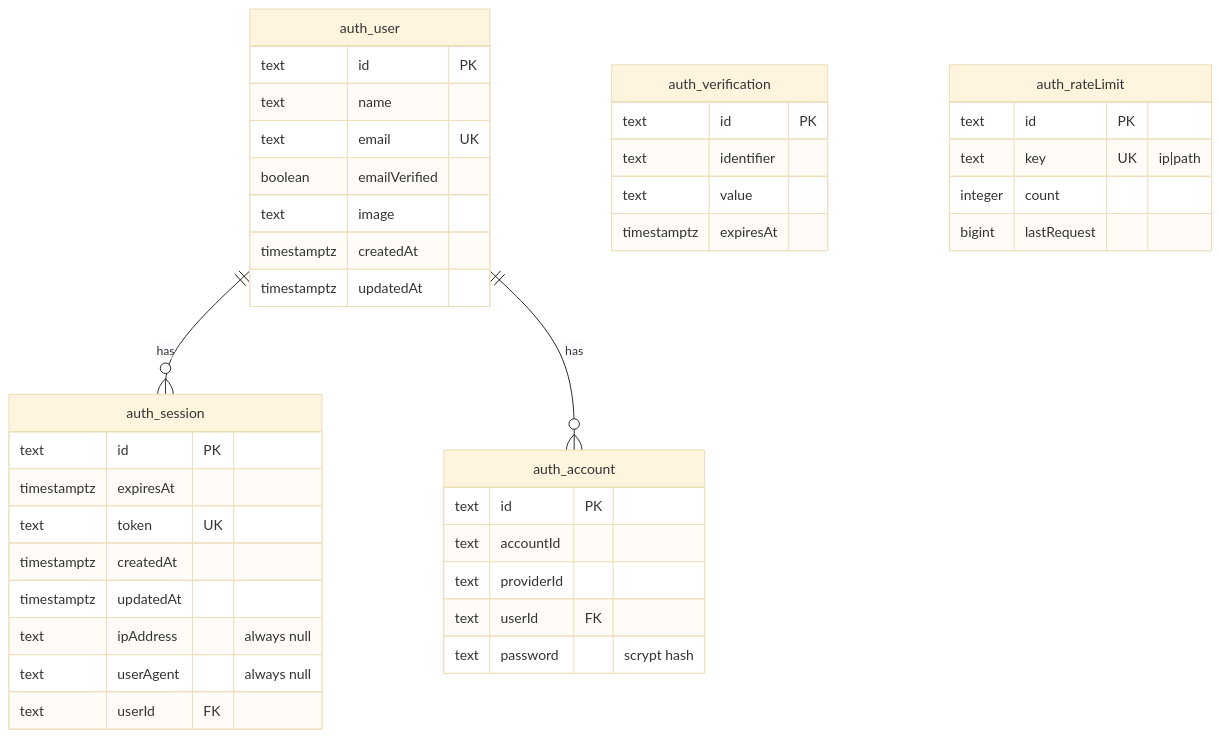
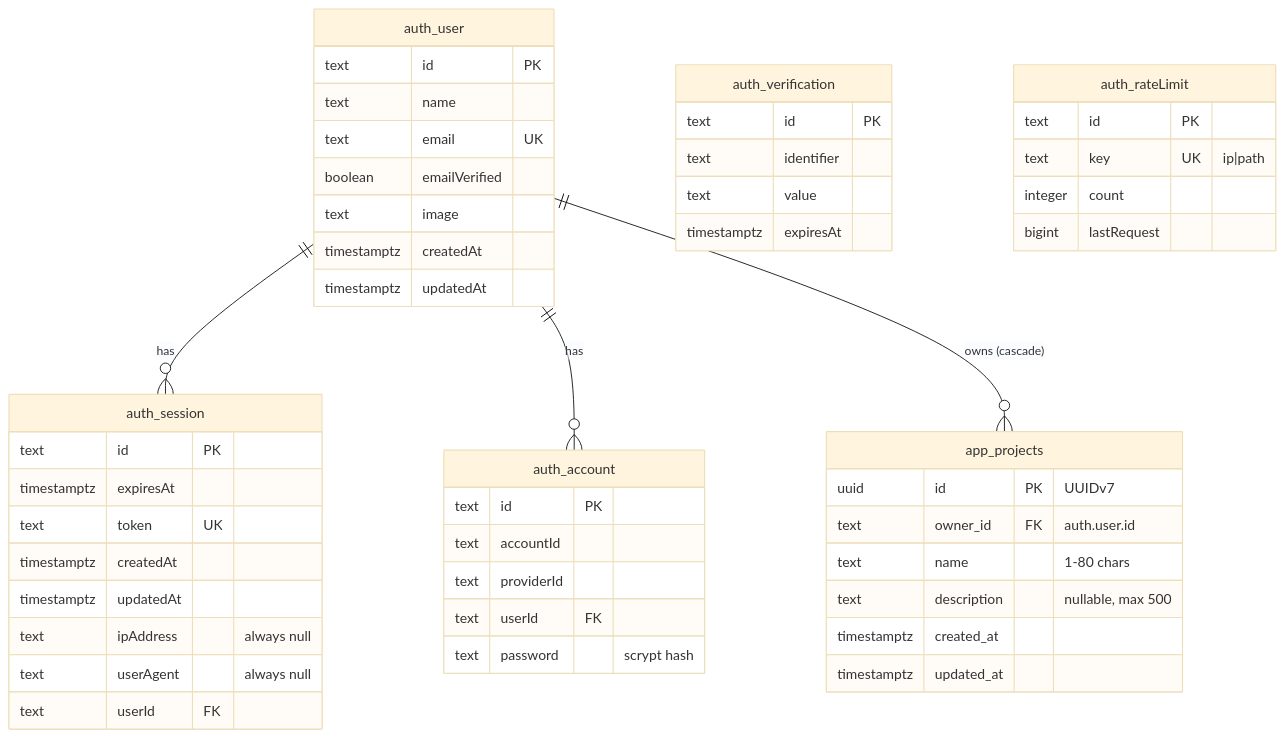
The diagram in docs/architecture/erd.md (yasineh/relaylab-app), drawn with Mermaid (base theme) before and after one commit. The commit also changed other lines of this file and 27 other files, not shown here.

Commit message:
Add projects: owner-scoped schema, service, API, and deletion and isolation test helpers

````diff
--- a/docs/architecture/erd.md
+++ b/docs/architecture/erd.md
@@ -15,43 +15,52 @@
 ```mermaid
 erDiagram
   auth_user ||--o{ auth_session : "has"
   auth_user ||--o{ auth_account : "has"
+  auth_user ||--o{ app_projects : "owns (cascade)"
+  app_projects {
+    uuid id PK "UUIDv7"
+    text owner_id FK "auth.user.id"
+    text name "1-80 chars"
+    text description "nullable, max 500"
+    timestamptz created_at
+    timestamptz updated_at
+  }
   auth_user {
     text id PK
     text name
     text email UK
     boolean emailVerified
     text image
     timestamptz createdAt
     timestamptz updatedAt
   }
   auth_session {
     text id PK
     timestamptz expiresAt
     text token UK
     timestamptz createdAt
     timestamptz updatedAt
     text ipAddress "always null"
     text userAgent "always null"
     text userId FK
   }
   auth_account {
     text id PK
     text accountId
     text providerId
     text userId FK
     text password "scrypt hash"
   }
   auth_verification {
     text id PK
     text identifier
     text value
     timestamptz expiresAt
   }
   auth_rateLimit {
     text id PK
     text key UK "ip|path"
     integer count
     bigint lastRequest
   }
 ```
````
